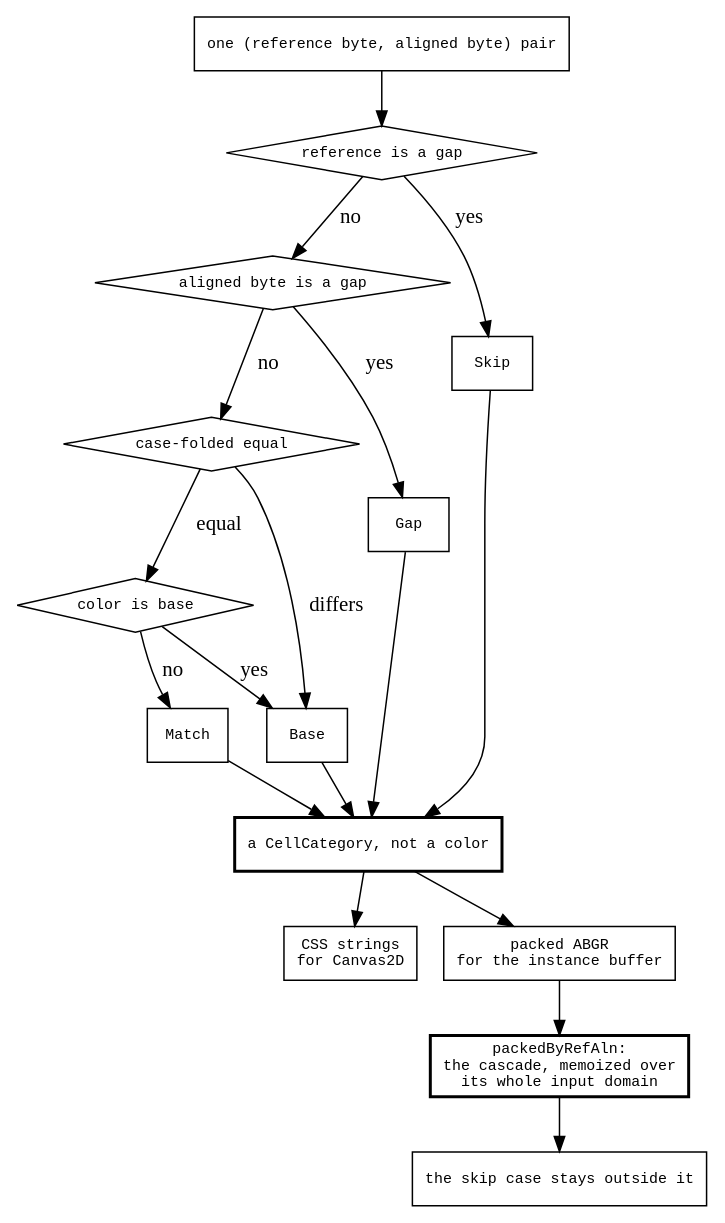
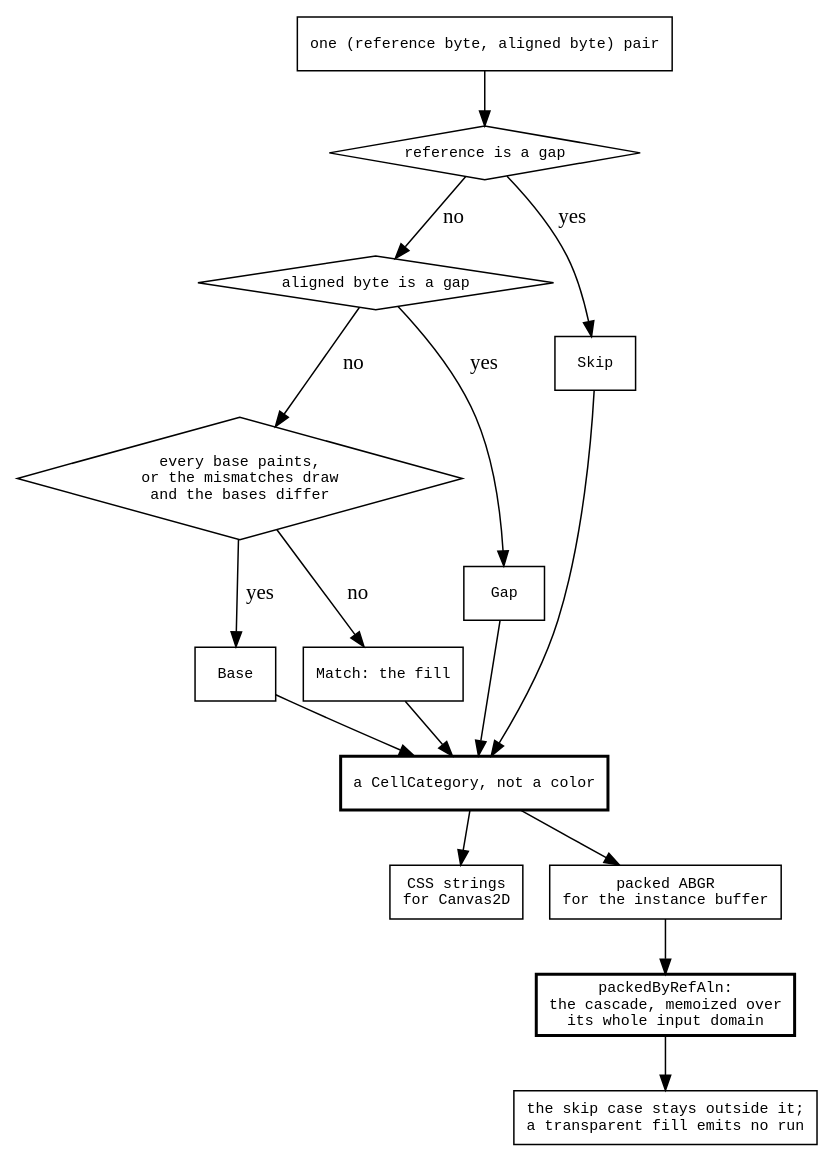
Before and after one commit to GMOD/jbrowse-components: the diagram in agent-docs/reference/diagrams/maf-cell-color.dot, drawn with Graphviz. The commit also changed 54 other files, not shown here.

```diff
--- a/agent-docs/reference/diagrams/maf-cell-color.dot
+++ b/agent-docs/reference/diagrams/maf-cell-color.dot
@@ -1,39 +1,35 @@
 digraph maf_cell_color {
   rankdir=TB
   node [shape=box fontname=monospace fontsize=10]
-  { node [shape=diamond] refDash; alnGap; match; colorMatches }
+  { node [shape=diamond] refDash; alnGap; ownColor }
 
   cell [label="one (reference byte, aligned byte) pair"]
   refDash [label="reference is a gap"]
   cell -> refDash
   refDash -> skip [label=" yes"]
   skip [label="Skip"]
 
   alnGap [label="aligned byte is a gap"]
   refDash -> alnGap [label=" no"]
   alnGap -> gap [label=" yes"]
   gap [label="Gap"]
 
-  match [label="case-folded equal"]
-  alnGap -> match [label=" no"]
-  colorMatches [label="color is base"]
-  match -> colorMatches [label=" equal"]
-  colorMatches -> matchCat [label=" no"]
-  matchCat [label="Match"]
-
-  colorMatches -> baseCat [label=" yes"]
-  match -> baseCat [label=" differs"]
+  ownColor [label="every base paints,\nor the mismatches draw\nand the bases differ"]
+  alnGap -> ownColor [label=" no"]
+  ownColor -> baseCat [label=" yes"]
   baseCat [label="Base"]
+  ownColor -> matchCat [label=" no"]
+  matchCat [label="Match: the fill"]
 
   category [label="a CellCategory, not a color", style=bold]
   skip -> category  gap -> category  matchCat -> category  baseCat -> category
 
   css [label="CSS strings\nfor Canvas2D"]
   packed [label="packed ABGR\nfor the instance buffer"]
   category -> css  category -> packed
 
   table [label="packedByRefAln:\nthe cascade, memoized over\nits whole input domain", style=bold]
   packed -> table
-  sentinel [label="the skip case stays outside it"]
+  sentinel [label="the skip case stays outside it;\na transparent fill emits no run"]
   table -> sentinel
 }
```
